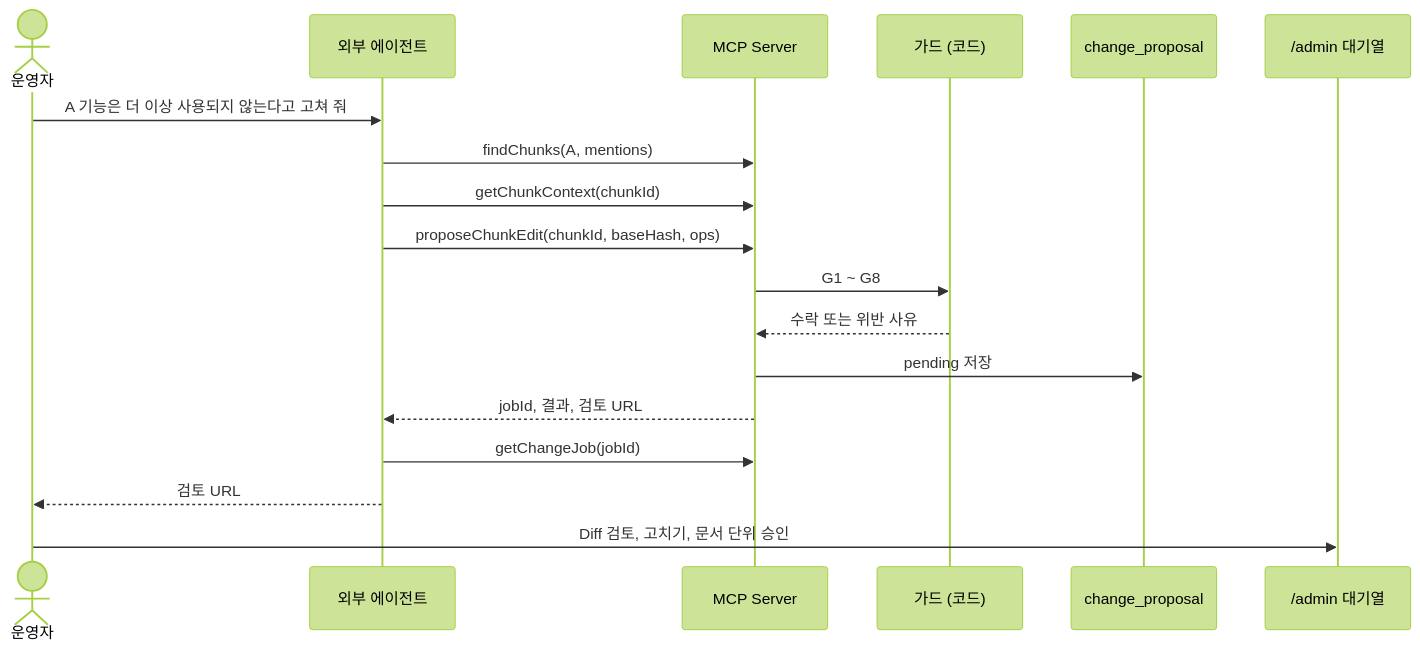
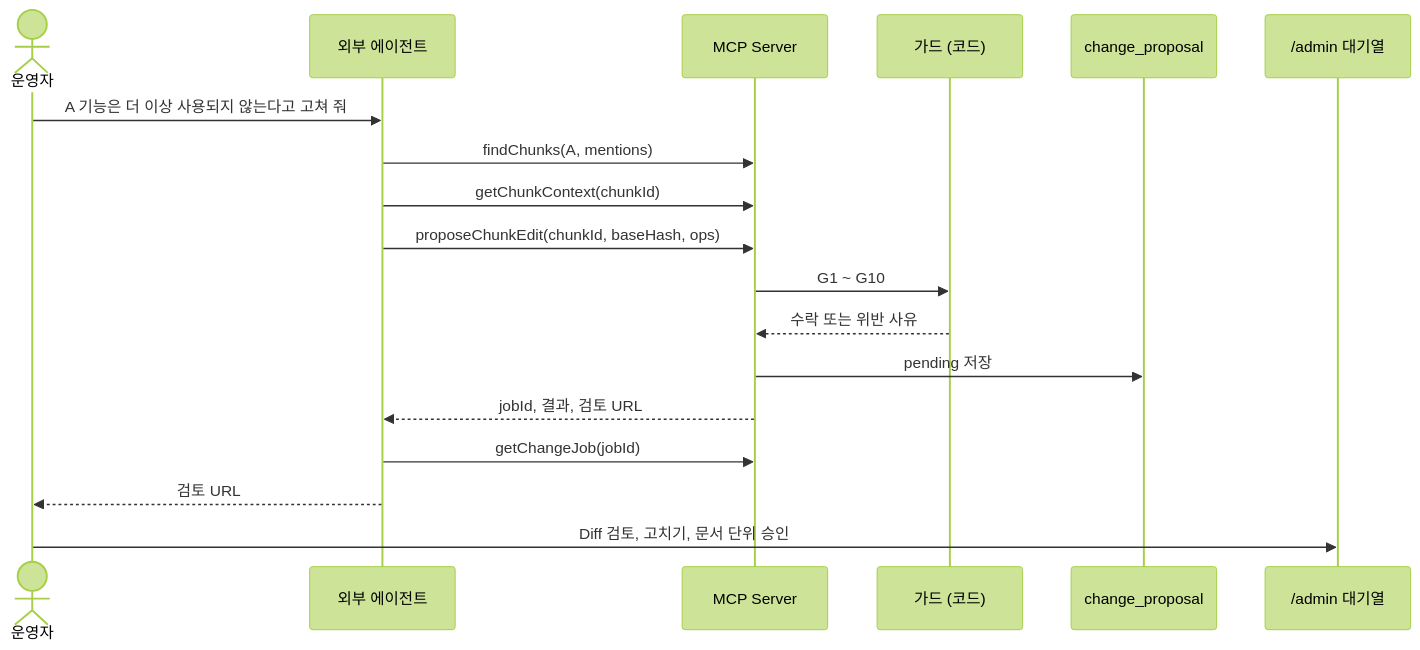
Diagram 11 of 11 in documents/AGENT_MCP_DESIGN.md (skax-sh-min/RAG-Agent), drawn with Mermaid (forest theme) before and after one commit. The commit also changed other lines of this file and 4 other files, not shown here.

````diff
--- a/documents/AGENT_MCP_DESIGN.md
+++ b/documents/AGENT_MCP_DESIGN.md
@@ -1449,20 +1466,20 @@
 ```mermaid
 sequenceDiagram
     actor O as 운영자
     participant X as 외부 에이전트
     participant M as MCP Server
     participant G as 가드 (코드)
     participant P as change_proposal
     participant UI as /admin 대기열
     O->>X: A 기능은 더 이상 사용되지 않는다고 고쳐 줘
     X->>M: findChunks(A, mentions)
     X->>M: getChunkContext(chunkId)
     X->>M: proposeChunkEdit(chunkId, baseHash, ops)
-    M->>G: G1 ~ G8
+    M->>G: G1 ~ G10
     G-->>M: 수락 또는 위반 사유
     M->>P: pending 저장
     M-->>X: jobId, 결과, 검토 URL
     X->>M: getChangeJob(jobId)
     X-->>O: 검토 URL
     O->>UI: Diff 검토, 고치기, 문서 단위 승인
 ```
````
